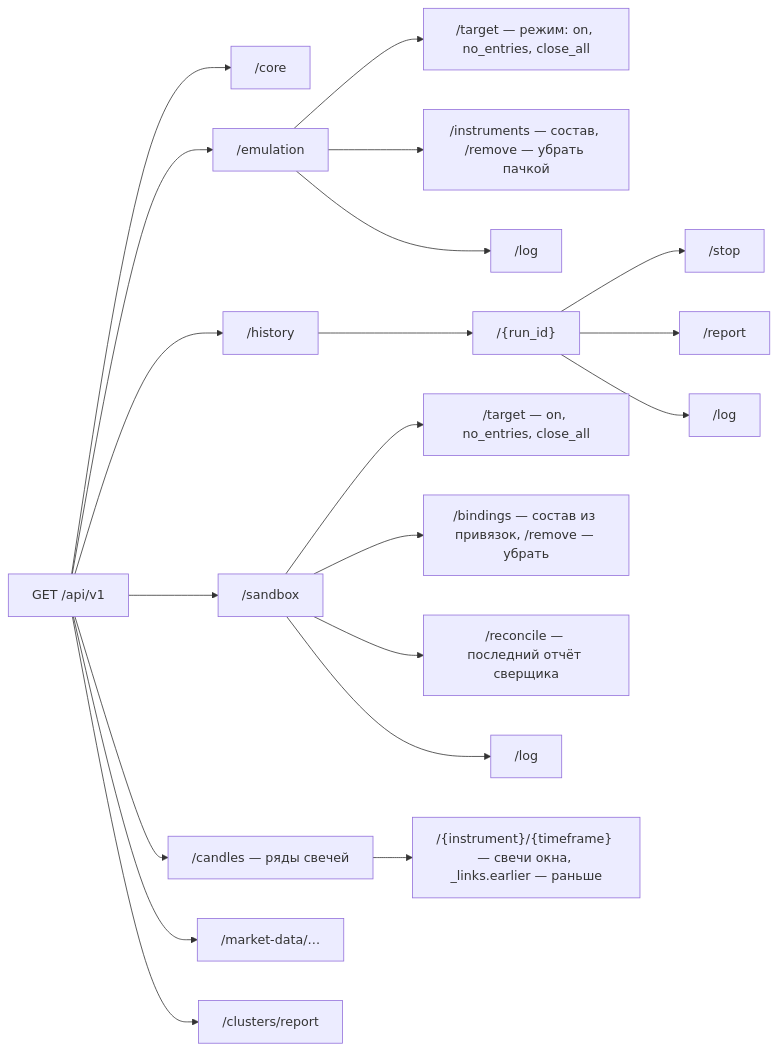
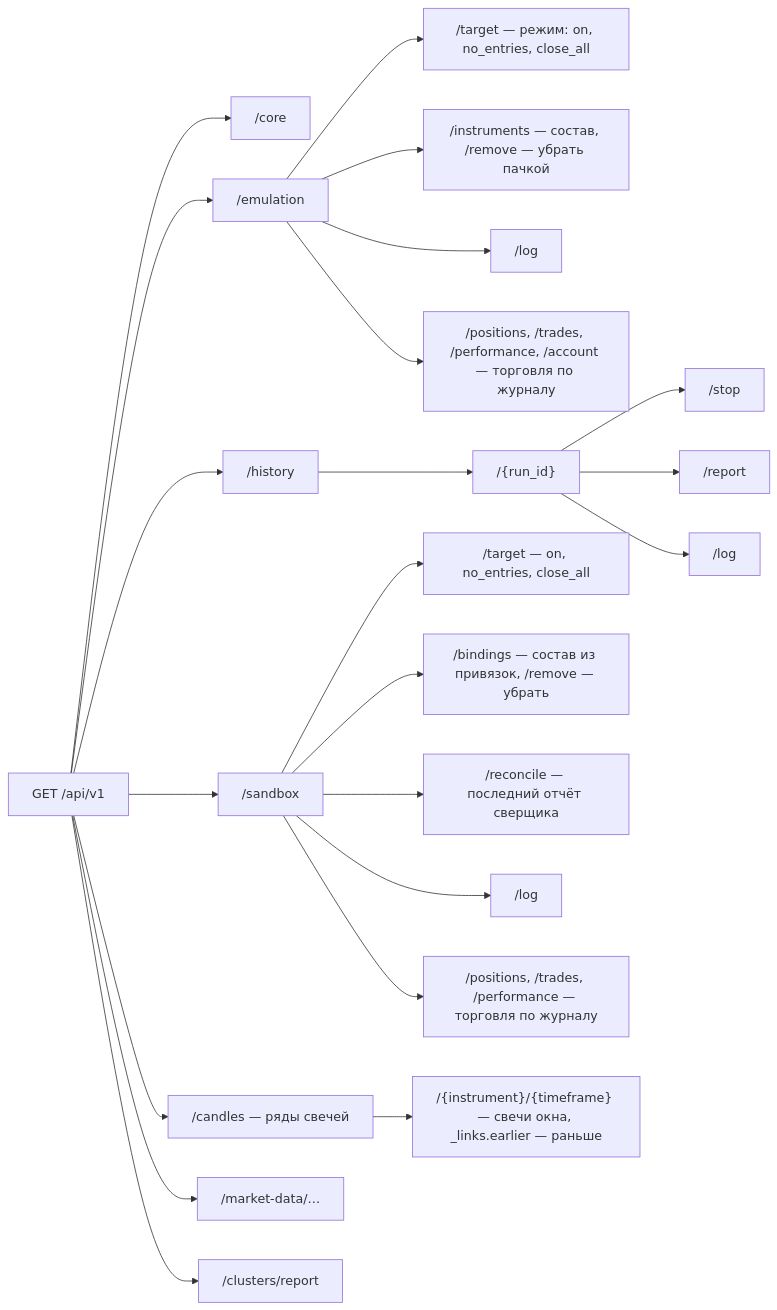
One commit to vladilenao/My_roBot changed the diagram in docs/api/README.md. Above: the diagram before and after it, drawn with Mermaid. The commit also changed other lines of this file and 15 other files, not shown here.

````diff
--- a/docs/api/README.md
+++ b/docs/api/README.md
@@ -25,21 +25,23 @@
 ```mermaid
 flowchart LR
     home["GET /api/v1"] --> core["/core"]
     home --> emu["/emulation"]
     home --> hist["/history"]
     home --> sbx["/sandbox"]
     home --> cnd["/candles — ряды свечей"]
     home --> md["/market-data/…"]
     home --> cl["/clusters/report"]
     emu --> target["/target — режим: on, no_entries, close_all"]
     emu --> members["/instruments — состав, /remove — убрать пачкой"]
     emu --> elog["/log"]
+    emu --> etrade["/positions, /trades, /performance, /account — торговля по журналу"]
     hist --> run["/{run_id}"] --> stop["/stop"]
     run --> report["/report"]
     run --> rlog["/log"]
     sbx --> starget["/target — on, no_entries, close_all"]
     sbx --> bindings["/bindings — состав из привязок, /remove — убрать"]
     sbx --> rec["/reconcile — последний отчёт сверщика"]
     sbx --> slog["/log"]
+    sbx --> strade["/positions, /trades, /performance — торговля по журналу"]
     cnd --> series["/{instrument}/{timeframe} — свечи окна, _links.earlier — раньше"]
 ```
````
